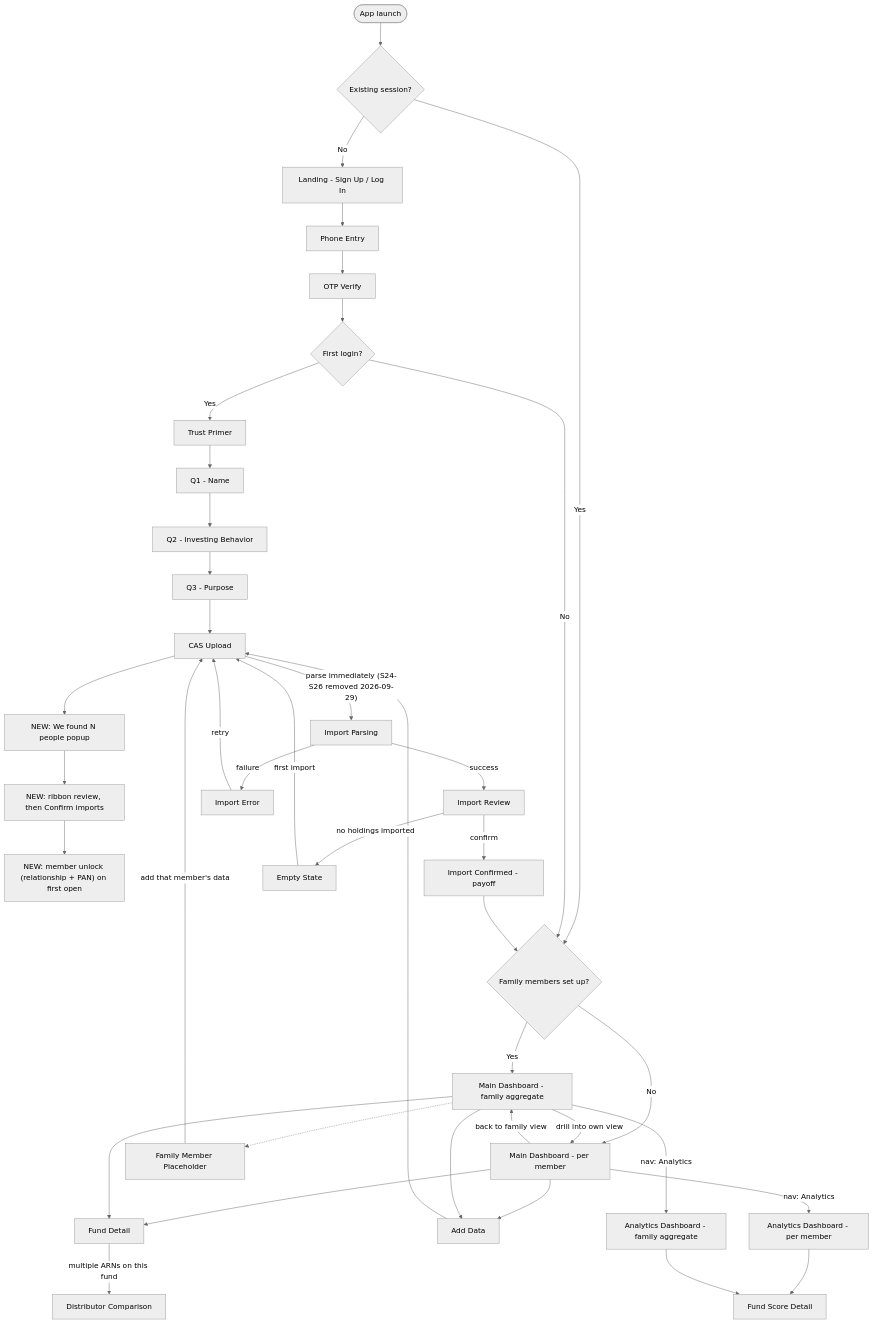
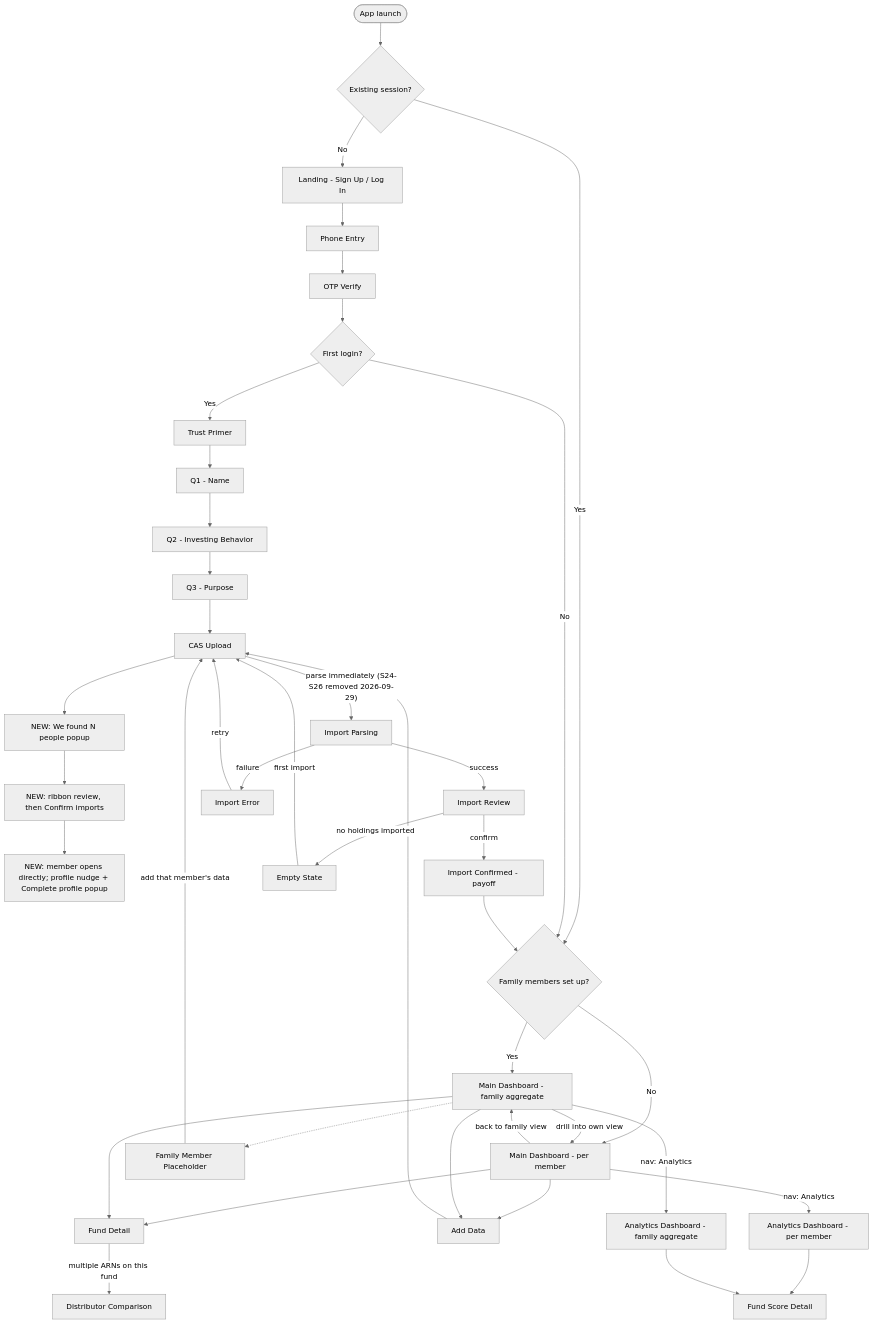
One commit to ayushkarnawat/MVP_V1_MF_only changed the first of 4 diagrams in Docs/PRDs/App-Flow-Unifolio.md. Above: the diagram before and after it, drawn with Mermaid (neutral theme). The commit also changed other lines of this file and 11 other files, not shown here.

Commit message:
docs: update PRDs, schema docs, session logs, and deployment guides

````diff
--- a/Docs/PRDs/App-Flow-Unifolio.md
+++ b/Docs/PRDs/App-Flow-Unifolio.md
@@ -56,49 +56,49 @@
 ```mermaid
 %% Top-level navigation: first-time signup through ongoing use
 flowchart TD
     Start(["App launch"]) --> HasSession{"Existing session?"}
     HasSession -- No --> S23["Landing - Sign Up / Log In"]
     HasSession -- Yes --> HasFamily{"Family members set up?"}
     HasFamily -- Yes --> S14["Main Dashboard - family aggregate"]
     HasFamily -- No --> S13["Main Dashboard - per member"]
 
     S23 --> S0["Phone Entry"]
     S0 --> S1["OTP Verify"]
     S1 --> FirstLogin{"First login?"}
     FirstLogin -- Yes --> S2["Trust Primer"]
     FirstLogin -- No --> HasFamily
 
     S2 --> S3["Q1 - Name"]
     S3 --> S4["Q2 - Investing Behavior"]
     S4 --> S5["Q3 - Purpose"]
     S5 --> S8["CAS Upload"]
     S8 --> P1["NEW: We found N people popup"]
     P1 --> P2["NEW: ribbon review, then Confirm imports"]
-    P2 --> P3["NEW: member unlock (relationship + PAN) on first open"]
+    P2 --> P3["NEW: member opens directly; profile nudge + Complete profile popup"]
 
     S8 -- "parse immediately (S24-S26 removed 2026-09-29)" --> S9["Import Parsing"]
     S9 -- success --> S10["Import Review"]
     S9 -- failure --> S11["Import Error"]
     S11 -- retry --> S8
     S10 -- confirm --> S12["Import Confirmed - payoff"]
     S10 -- "no holdings imported" --> S21["Empty State"]
     S12 --> HasFamily
 
     S14 -- "drill into own view" --> S13
     S13 -- "back to family view" --> S14
     S13 --> S15["Fund Detail"]
     S14 --> S15
     S13 --> S16["Add Data"]
     S14 --> S16
     S16 --> S8
     S15 -- "multiple ARNs on this fund" --> S17["Distributor Comparison"]
 
     S13 -- "nav: Analytics" --> S18["Analytics Dashboard - per member"]
     S14 -- "nav: Analytics" --> S19["Analytics Dashboard - family aggregate"]
     S18 --> S20["Fund Score Detail"]
     S19 --> S20
 
     S21 -- "first import" --> S8
     S14 -.-> S22["Family Member Placeholder"]
     S22 -- "add that member's data" --> S8
 ```
````
